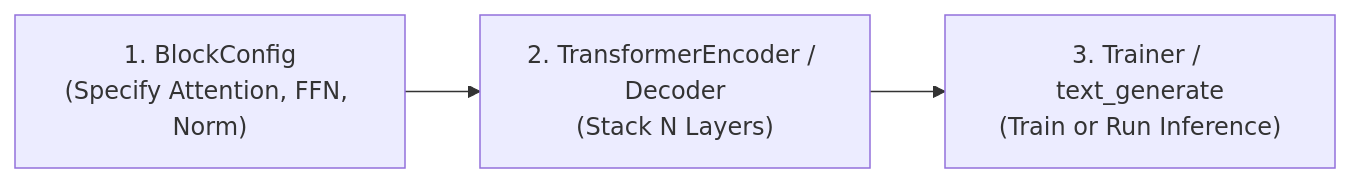
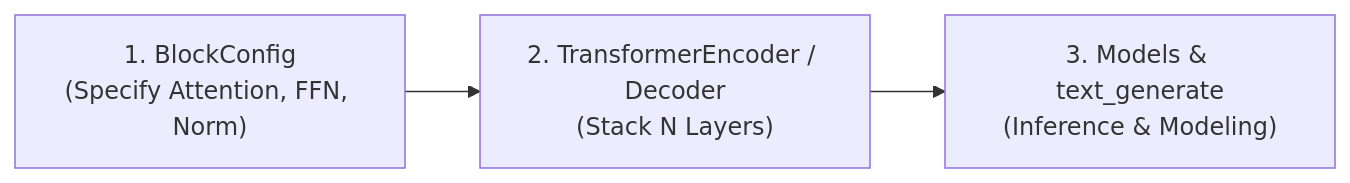
The diagram in docs/getting-started/index.md (Gurumurthy30/Stackformer), drawn with Mermaid before and after one commit. The commit also changed other lines of this file and 72 other files, not shown here.

````diff
--- a/docs/getting-started/index.md
+++ b/docs/getting-started/index.md
@@ -30,5 +30,5 @@
 ```mermaid
 graph LR
     A["1. BlockConfig<br>(Specify Attention, FFN, Norm)"] --> B["2. TransformerEncoder / Decoder<br>(Stack N Layers)"]
-    B --> C["3. Trainer / text_generate<br>(Train or Run Inference)"]
+    B --> C["3. Models & text_generate<br>(Inference & Modeling)"]
 ```
````
